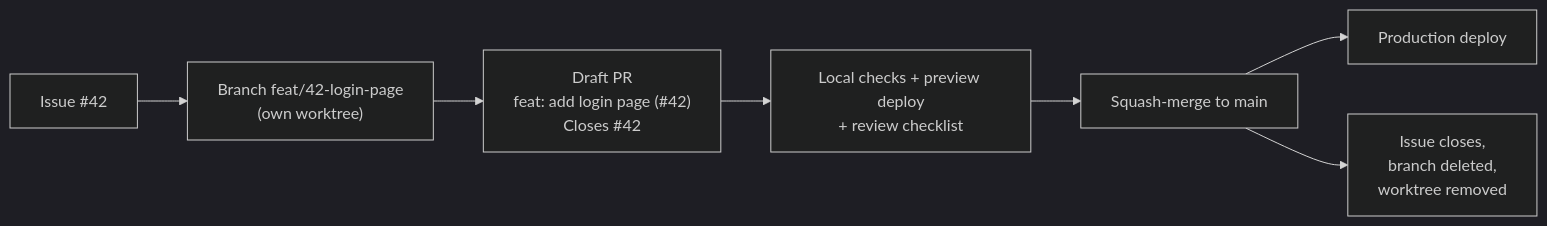
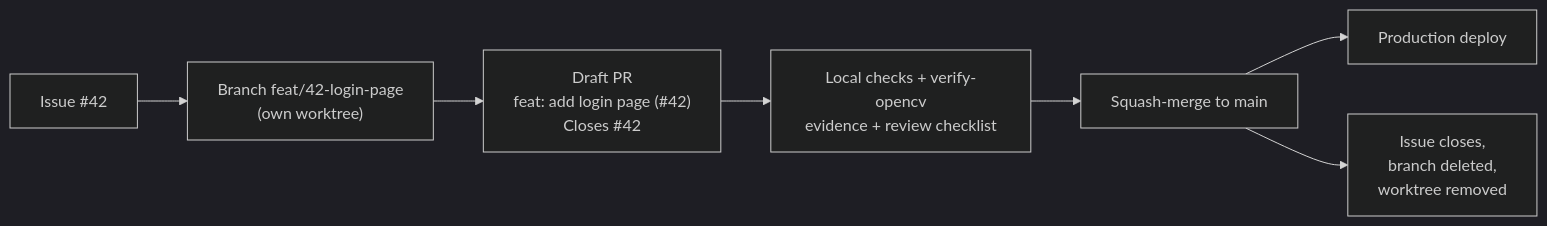
One commit to Rickvu309/opencv changed the diagram in CONTRIBUTING.md. Above: the diagram before and after it, drawn with Mermaid (dark theme). The commit also changed other lines of this file and 13 other files, not shown here.

````diff
--- a/CONTRIBUTING.md
+++ b/CONTRIBUTING.md
@@ -12,9 +12,9 @@
 ```mermaid
 flowchart LR
     A["Issue #42"] --> B["Branch feat/42-login-page<br/>(own worktree)"]
     B --> C["Draft PR<br/>feat: add login page (#42)<br/>Closes #42"]
-    C --> D["Local checks + preview deploy<br/>+ review checklist"]
+    C --> D["Local checks + verify-opencv<br/>evidence + review checklist"]
     D --> E["Squash-merge to main"]
     E --> F["Production deploy"]
     E --> G["Issue closes,<br/>branch deleted,<br/>worktree removed"]
 ```
````
